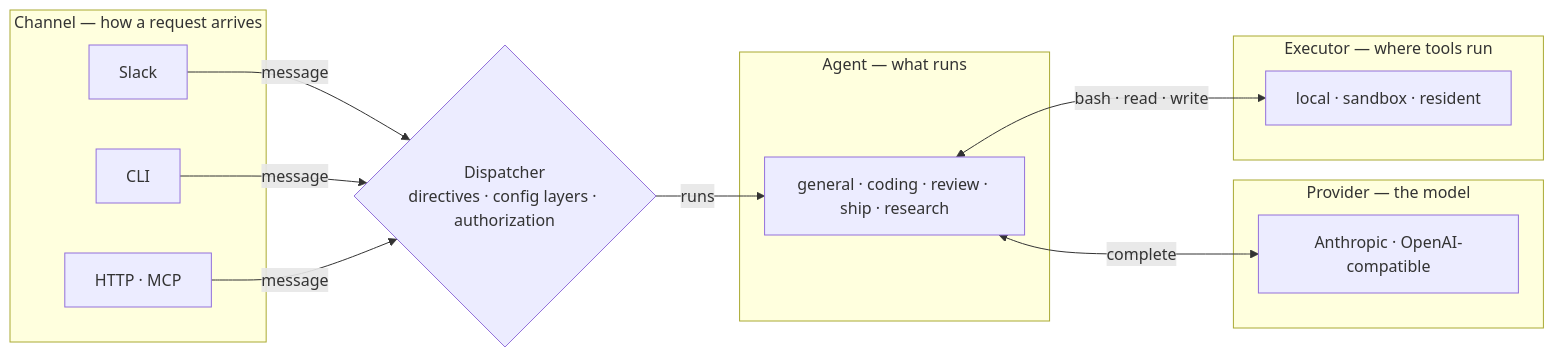
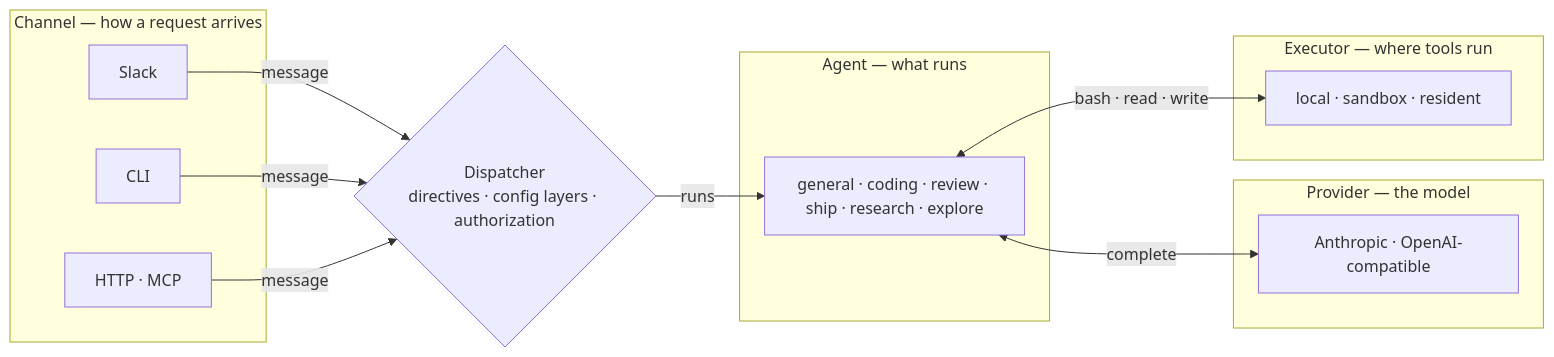
The diagram in README.md (coreplanelabs/switchboard), drawn with Mermaid before and after one commit. The commit also changed 53 other files, not shown here.

Commit message:
feat(agents): the explore preset runs a two-hour read-only investigation in a cold sandbox, a budget: directive narrows any run's wall clock, and the ship pipeline's wall clock is the ship preset's declared budget (#971)

````diff
--- a/README.md
+++ b/README.md
@@ -40,22 +40,22 @@
 ```mermaid
 flowchart LR
     subgraph channel ["Channel — how a request arrives"]
         C1["Slack"]
         C2["CLI"]
         C3["HTTP · MCP"]
     end
     D{"Dispatcher<br/>directives · config layers · authorization"}
     subgraph agent ["Agent — what runs"]
-        AG["general · coding · review · ship · research"]
+        AG["general · coding · review · ship · research · explore"]
     end
     subgraph provider ["Provider — the model"]
         P["Anthropic · OpenAI-compatible"]
     end
     subgraph executor ["Executor — where tools run"]
         E["local · sandbox · resident"]
     end
     C1 & C2 & C3 -->|"message"| D
     D -->|"runs"| AG
     AG <-->|"complete"| P
     AG <-->|"bash · read · write"| E
 ```
````
